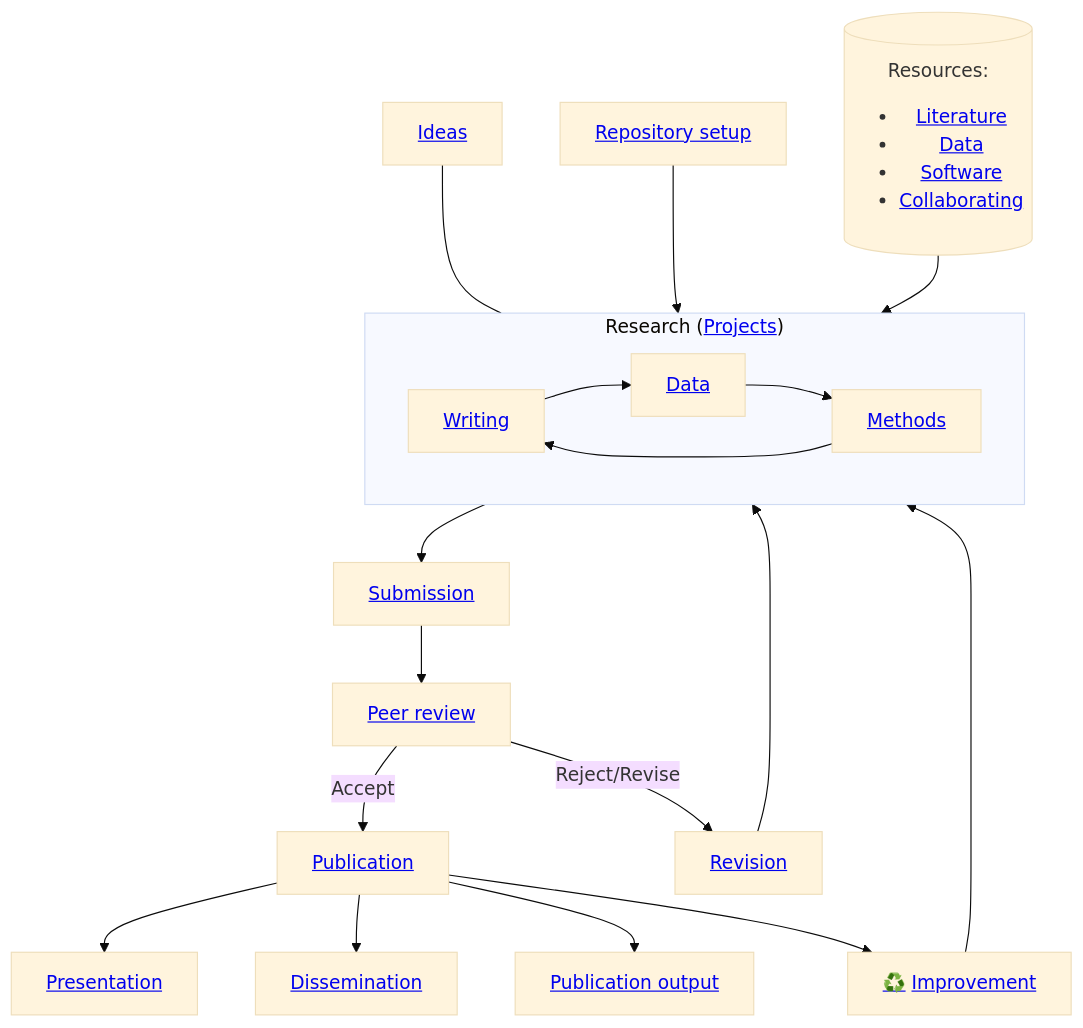
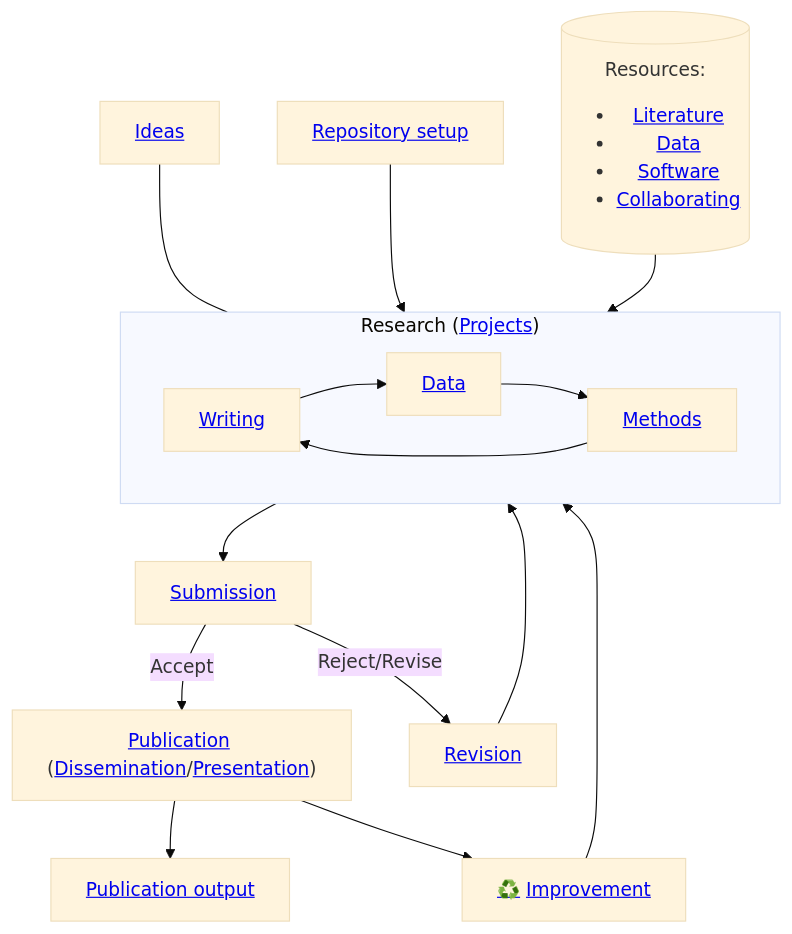
One commit to digital-work-lab/handbook changed the diagram in docs/20-research/index.md. Above: the diagram before and after it, drawn with Mermaid (base theme).

````diff
--- a/docs/20-research/index.md
+++ b/docs/20-research/index.md
@@ -14,23 +14,20 @@
 ```mermaid
 flowchart TB
     Ideas["<a href='20_processes/20.09.ideas.html'>Ideas</a>"] --- Research
     subgraph Research["Research (<a href='25-projects.html'>Projects</a>)"]
         Writing["<a href='20_processes/20.29.writing.html'>Writing</a>"] --> Data
         Methods["<a href='20_processes/20.18.methods.html'>Methods</a>"] --> Writing
         Data["<a href='20_processes/20.17.data.html'>Data</a>"] --> Methods
     end
 
-
     Setup["<a href='20_processes/20.15.repo-setup.html'>Repository setup</a>"] --> Research
     Resources[("Resources:<br><ul><li><a href='22-literature.html'>Literature</a></li><li><a href='23-data.html'>Data</a></li><li><a href='24-software.html'>Software</a></li><li><a href='20_processes/20.16.collaboration.html'>Collaborating</a></li></ul>")] --> Research
+
     Research --> Submission["<a href='20_processes/20.30.pre-submission.html'>Submission</a>"]
-    Submission --> Review["<a href='../50-service/50_processes/50.10.reviewer.html'>Peer review</a>"]
-    Review -->|Accept| Publication["<a href='20_processes/20.33.publication.html'>Publication</a>"]
-    Review -->|Reject/Revise| Revise["<a href='20_processes/20.32.revision.html'>Revision</a>"]
+    Submission -->|Accept| Publication["<a href='20_processes/20.33.publication.html'>Publication</a> <br>(<a href='20_processes/20.34.dissemination.html'>Dissemination</a>/<a href='20_processes/20.28.presentation.html'>Presentation</a>)"]
+    Submission -->|Reject/Revise| Revise["<a href='20_processes/20.32.revision.html'>Revision</a>"]
     Revise --> Research
     
-    Publication --> Presentation["<a href='20_processes/20.28.presentation.html'>Presentation</a>"]
-    Publication --> Dissemination["<a href='20_processes/20.34.dissemination.html'>Dissemination</a>"]
     Publication --> PublicationOutput["<a href='29-publications.html'>Publication output</a>"]
     Publication --> Improvement["<a href='../10-lab/10_processes/10.01.goals.html'>♻️</a> <a href='20_processes/20.35.improvement.html'>Improvement</a>"] --> Research
 ```
````
